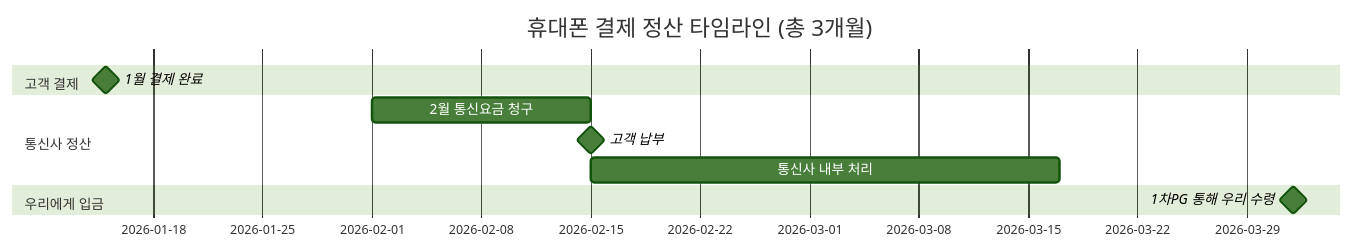
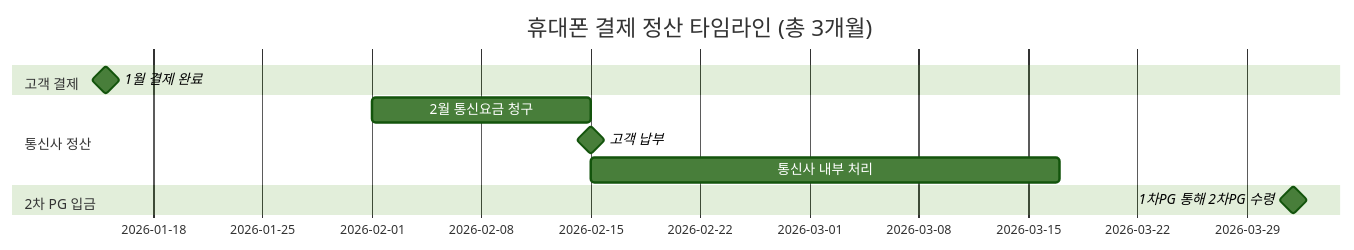
Before and after one commit to sweetpark/sweetpark.github.io: diagram 11 of 25 in content/AI 도구/PG 교육자료/[AI] 2차 PG 백엔드 개발자 교육 문서 - 핵심 개념 및 특징 정리.md, drawn with Mermaid (forest theme). The commit also changed other lines of this file and 40 other files, not shown here.

````diff
--- a/content/AI 도구/PG 교육자료/[AI] 2차 PG 백엔드 개발자 교육 문서 - 핵심 개념 및 특징 정리.md
+++ b/content/AI 도구/PG 교육자료/[AI] 2차 PG 백엔드 개발자 교육 문서 - 핵심 개념 및 특징 정리.md
@@ -576,13 +576,13 @@
 ```mermaid
 gantt
     title 휴대폰 결제 정산 타임라인 (총 3개월)
     dateFormat  YYYY-MM-DD
     section 고객 결제
     1월 결제 완료     :milestone, m1, 2026-01-15, 0d
     section 통신사 정산
     2월 통신요금 청구  :a1, 2026-02-01, 14d
     고객 납부         :milestone, m2, 2026-02-15, 0d
     통신사 내부 처리  :a2, 2026-02-15, 30d
-    section 우리에게 입금
-    1차PG 통해 우리 수령 :milestone, m3, 2026-04-01, 0d
+    section 2차 PG 입금
+    1차PG 통해 2차PG 수령 :milestone, m3, 2026-04-01, 0d
 ```
````
